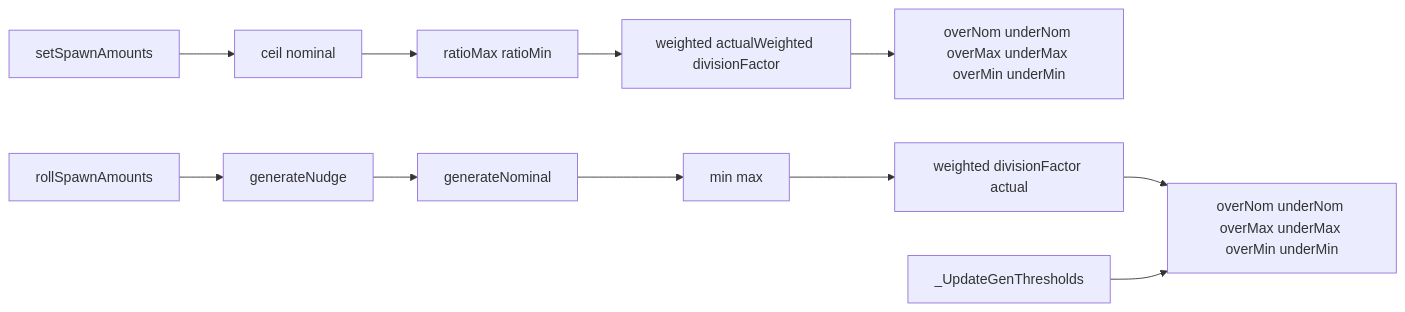
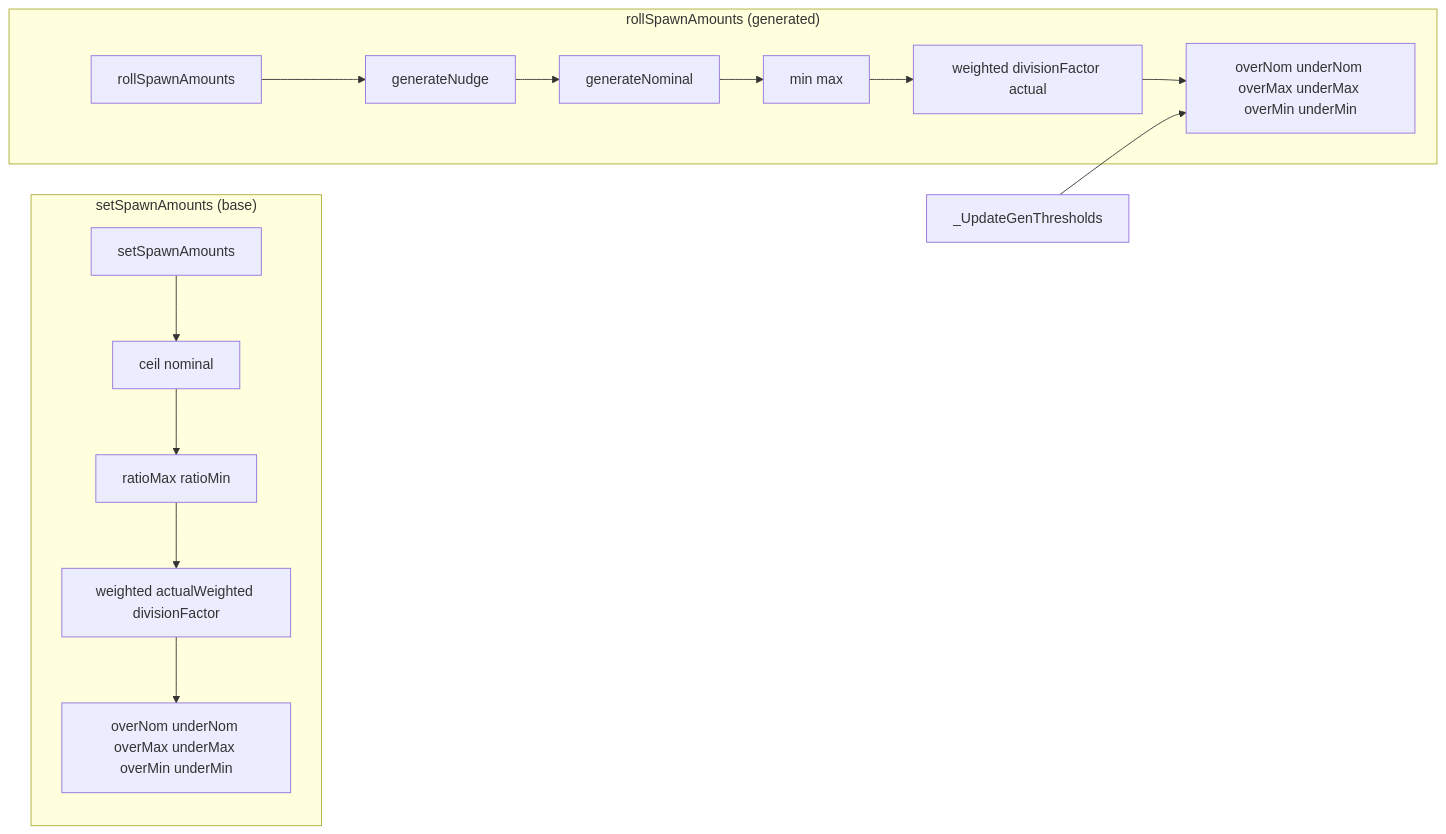
The third of 3 diagrams in docs/types/spawner_types.md (Gh0st352/AETHR), drawn with Mermaid before and after one commit. The commit also changed other lines of this file and 8 other files, not shown here.

First line of the commit message:
docs(types, mermaid): normalize headings, restructure Mermaid diagrams, and standardize classes

````diff
--- a/docs/types/spawner_types.md
+++ b/docs/types/spawner_types.md
@@ -81,15 +105,22 @@
 ```mermaid
+%% shared theme: docs/_mermaid/theme.json %%
 flowchart LR
-  BASE[setSpawnAmounts] --> calcNom[ceil nominal]
-  calcNom --> ratios[ratioMax ratioMin]
-  ratios --> weighted[weighted actualWeighted divisionFactor]
-  weighted --> thresholds1[overNom underNom overMax underMax overMin underMin]
+  subgraph BASE_SCOPE ["setSpawnAmounts (base)"]
+    BASE[setSpawnAmounts] --> calcNom[ceil nominal]
+    calcNom --> ratios[ratioMax ratioMin]
+    ratios --> weighted[weighted actualWeighted divisionFactor]
+    weighted --> thresholds1[overNom underNom overMax underMax overMin underMin]
+  end
 
-  GEN[rollSpawnAmounts] --> nudge[generateNudge]
-  nudge --> genNom[generateNominal]
-  genNom --> genBounds[min max]
-  genBounds --> genWeighted[weighted divisionFactor actual]
-  genWeighted --> thresholds2[overNom underNom overMax underMax overMin underMin]
+  subgraph GEN_SCOPE ["rollSpawnAmounts (generated)"]
+    GEN[rollSpawnAmounts] --> nudge[generateNudge]
+    nudge --> genNom[generateNominal]
+    genNom --> genBounds[min max]
+    genBounds --> genWeighted[weighted divisionFactor actual]
+    genWeighted --> thresholds2[overNom underNom overMax underMax overMin underMin]
+  end
 
   UPDATE[_UpdateGenThresholds] --> thresholds2
+
+  class BASE,calcNom,ratios,weighted,thresholds1,GEN,nudge,genNom,genBounds,genWeighted,thresholds2,UPDATE,BASE_SCOPE,GEN_SCOPE class_data;
 ```
````
